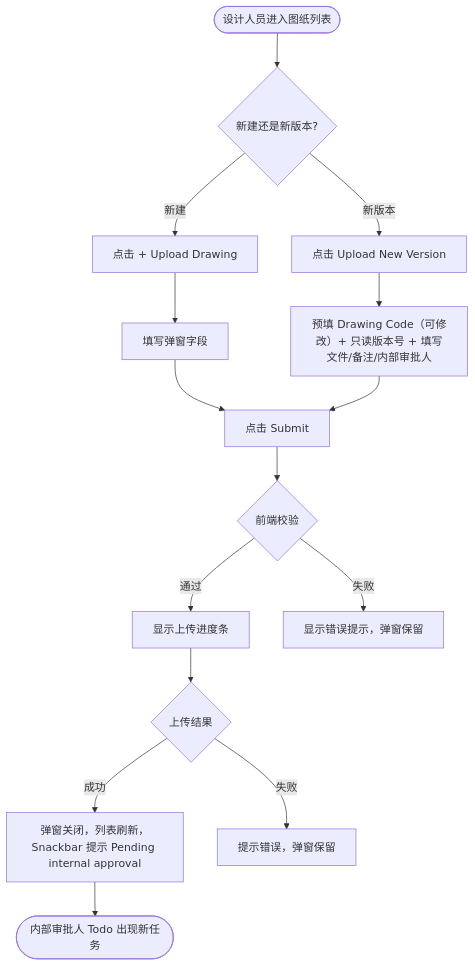
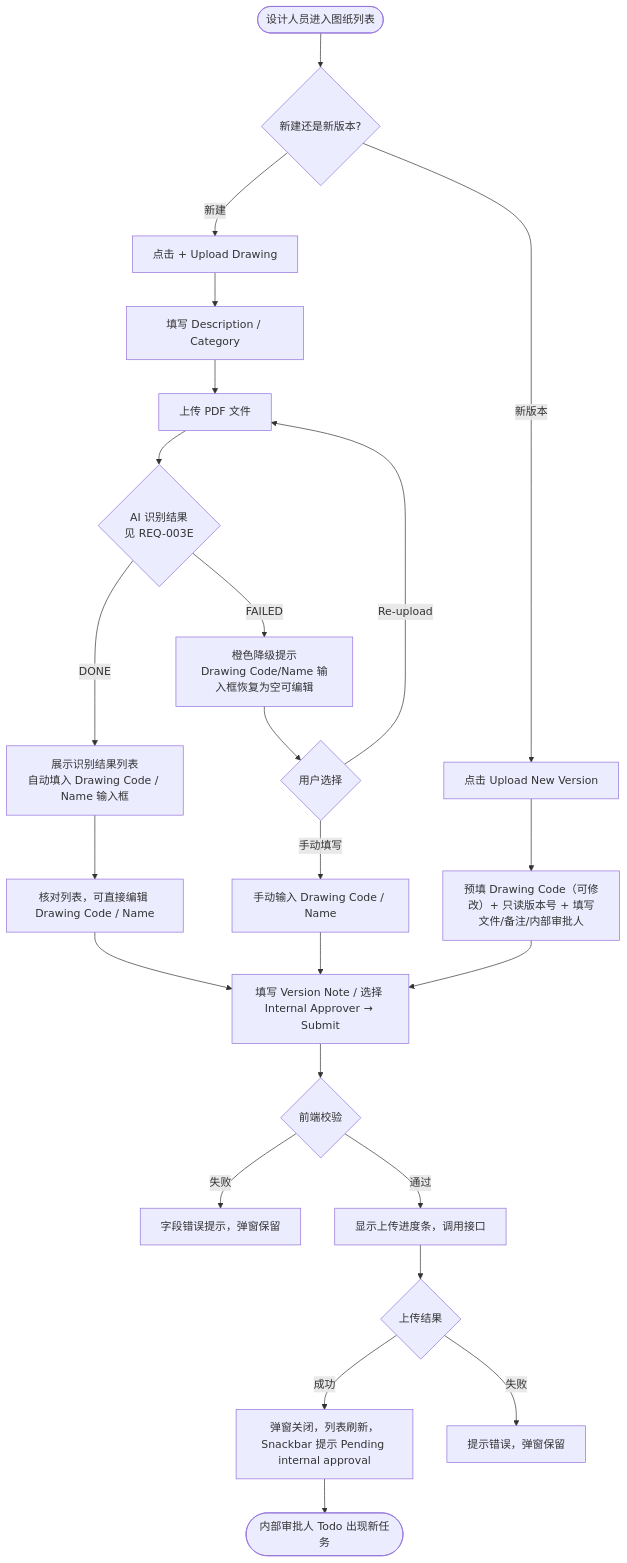
One commit to xiayingspace-hue/smart-site changed the diagram in requirements/pc/REQ-003A-pc.md. Above: the diagram before and after it, drawn with Mermaid. The commit also changed other lines of this file, not shown here.

First line of the commit message:
feat(REQ-003A): v0.3.1 — 根据 REQ-003E 更新上传流程及图纸列表页字段

````diff
--- a/requirements/pc/REQ-003A-pc.md
+++ b/requirements/pc/REQ-003A-pc.md
@@ -186,17 +202,26 @@
 ```mermaid
 flowchart TD
     A([设计人员进入图纸列表]) --> B{新建还是新版本?}
     B -- 新建 --> C[点击 + Upload Drawing]
     B -- 新版本 --> D[点击 Upload New Version]
-    C --> E[填写弹窗字段]
-    D --> F[预填 Drawing Code（可修改）+ 只读版本号 + 填写文件/备注/内部审批人]
-    E --> G[点击 Submit]
-    F --> G
-    G --> H{前端校验}
-    H -- 通过 --> I[显示上传进度条]
-    H -- 失败 --> J[显示错误提示，弹窗保留]
-    I --> K{上传结果}
-    K -- 成功 --> L[弹窗关闭，列表刷新，Snackbar 提示 Pending internal approval]
-    K -- 失败 --> M[提示错误，弹窗保留]
-    L --> N([内部审批人 Todo 出现新任务])
+    C --> E[填写 Description / Category]
+    E --> F[上传 PDF 文件]
+    F --> G{AI 识别结果\n见 REQ-003E}
+    G -- DONE --> H[展示识别结果列表\n自动填入 Drawing Code / Name 输入框]
+    G -- FAILED --> I[橙色降级提示\nDrawing Code/Name 输入框恢复为空可编辑]
+    I --> J{用户选择}
+    J -- Re-upload --> F
+    J -- 手动填写 --> K[手动输入 Drawing Code / Name]
+    H --> L[核对列表，可直接编辑 Drawing Code / Name]
+    K --> M[填写 Version Note / 选择 Internal Approver → Submit]
+    L --> M
+    D --> N[预填 Drawing Code（可修改）+ 只读版本号 + 填写文件/备注/内部审批人]
+    N --> M
+    M --> O{前端校验}
+    O -- 失败 --> P[字段错误提示，弹窗保留]
+    O -- 通过 --> Q[显示上传进度条，调用接口]
+    Q --> R{上传结果}
+    R -- 成功 --> S[弹窗关闭，列表刷新，Snackbar 提示 Pending internal approval]
+    R -- 失败 --> T[提示错误，弹窗保留]
+    S --> U([内部审批人 Todo 出现新任务])
 ```
````
